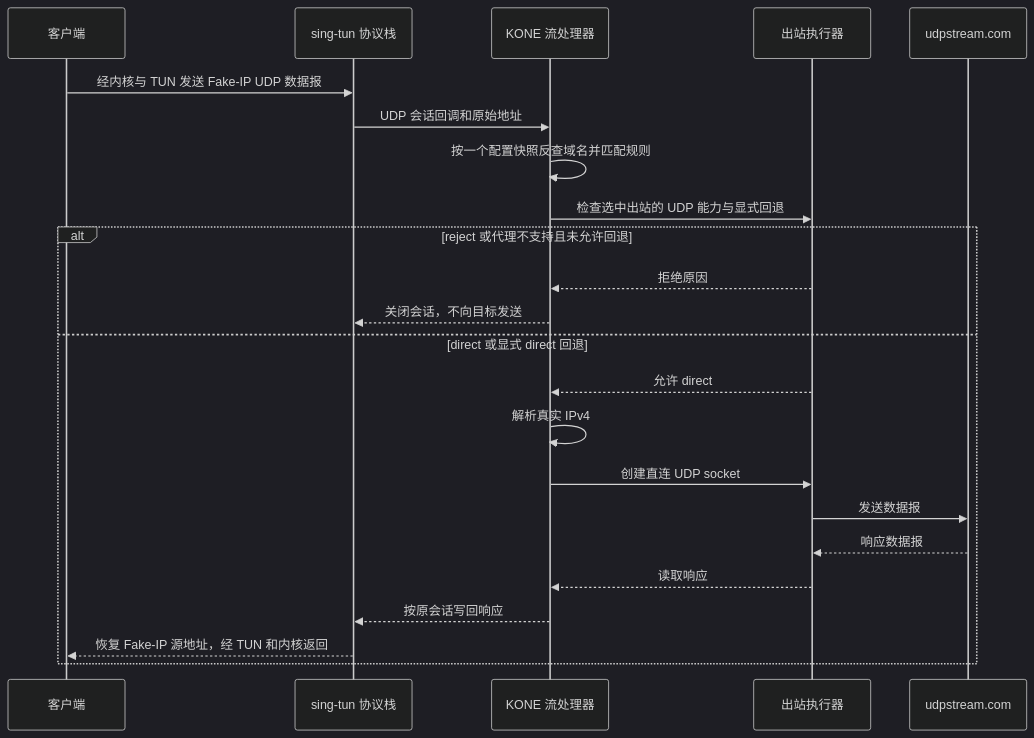
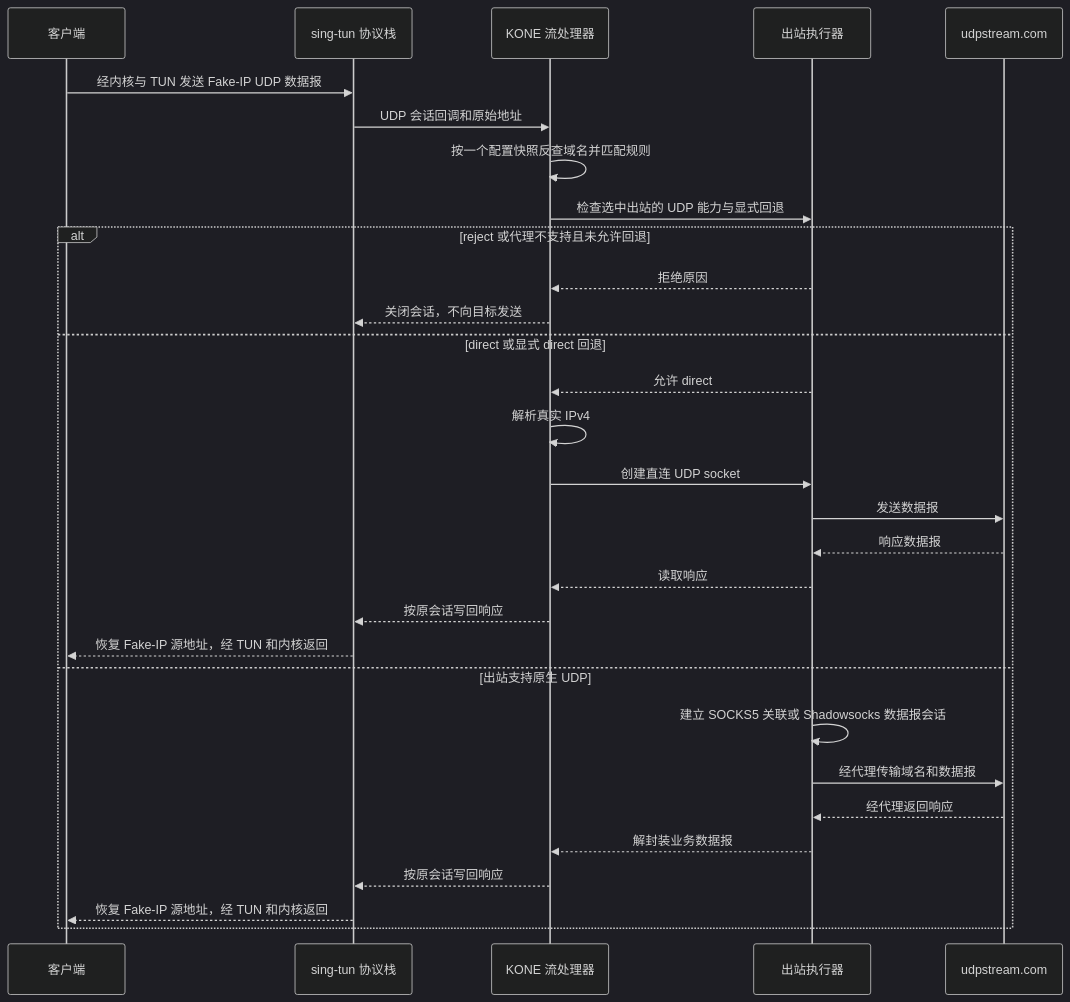
One commit to xjdrew/kone changed the third of 3 diagrams in docs/architecture.md. Above: the diagram before and after it, drawn with Mermaid (dark theme). The commit also changed other lines of this file and 91 other files, not shown here.

````diff
--- a/docs/architecture.md
+++ b/docs/architecture.md
@@ -119,25 +125,32 @@
 ```mermaid
 sequenceDiagram
     participant C as 客户端
     participant S as sing-tun 协议栈
     participant F as KONE 流处理器
     participant O as 出站执行器
     participant R as udpstream.com
     C->>S: 经内核与 TUN 发送 Fake-IP UDP 数据报
     S->>F: UDP 会话回调和原始地址
     F->>F: 按一个配置快照反查域名并匹配规则
     F->>O: 检查选中出站的 UDP 能力与显式回退
     alt reject 或代理不支持且未允许回退
         O-->>F: 拒绝原因
         F-->>S: 关闭会话，不向目标发送
     else direct 或显式 direct 回退
         O-->>F: 允许 direct
         F->>F: 解析真实 IPv4
         F->>O: 创建直连 UDP socket
         O->>R: 发送数据报
         R-->>O: 响应数据报
         O-->>F: 读取响应
         F-->>S: 按原会话写回响应
         S-->>C: 恢复 Fake-IP 源地址，经 TUN 和内核返回
+    else 出站支持原生 UDP
+        O->>O: 建立 SOCKS5 关联或 Shadowsocks 数据报会话
+        O->>R: 经代理传输域名和数据报
+        R-->>O: 经代理返回响应
+        O-->>F: 解封装业务数据报
+        F-->>S: 按原会话写回响应
+        S-->>C: 恢复 Fake-IP 源地址，经 TUN 和内核返回
     end
 ```
````
